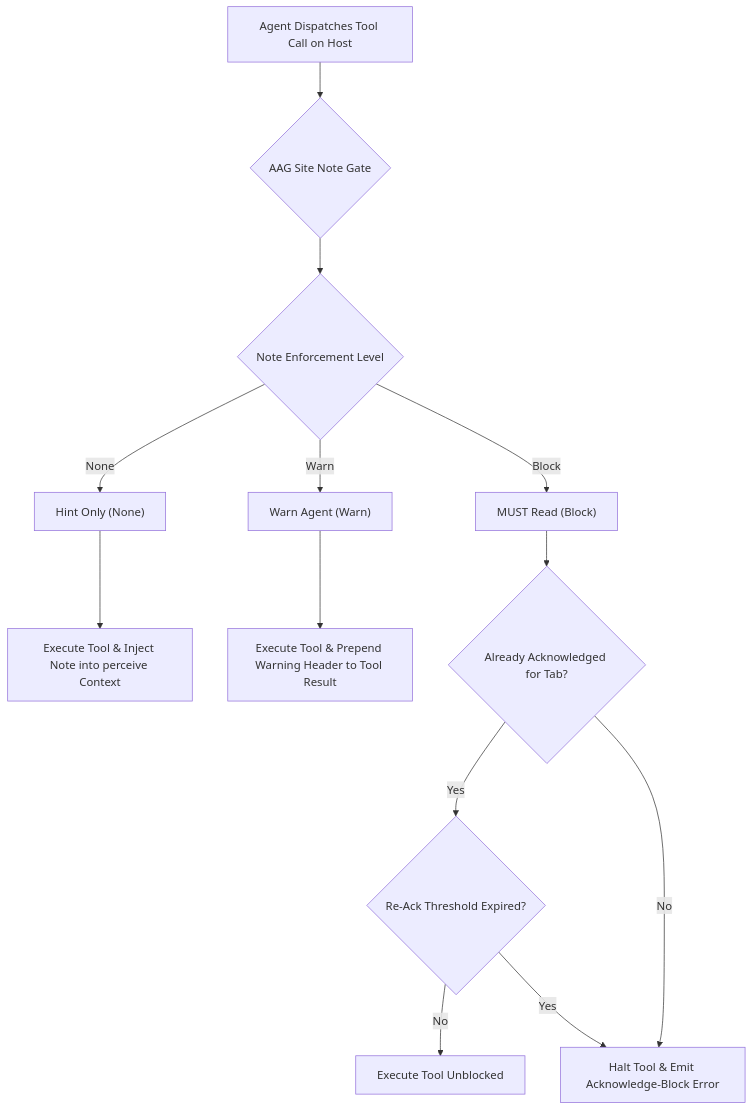
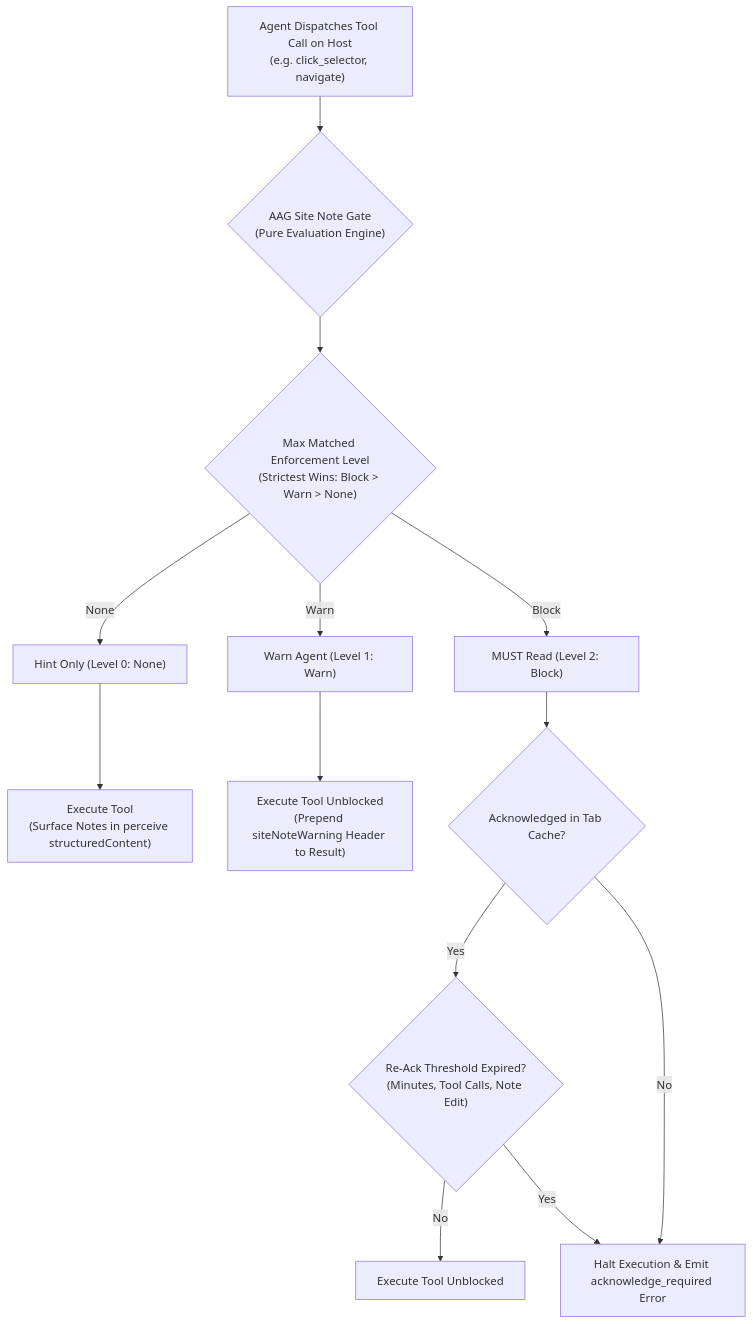
Before and after one commit to joelaniol/nova: the first of 5 diagrams in docs/core-features/learning/domain-notes/delivery-levels-and-aag-enforcement.md, drawn with Mermaid. The commit also changed other lines of this file and 3 other files, not shown here.

Commit message:
docs(domain-notes): deepen multi-tenant lexicon, sandbox binding protocol, and ack cache internals

````diff
--- a/docs/core-features/learning/domain-notes/delivery-levels-and-aag-enforcement.md
+++ b/docs/core-features/learning/domain-notes/delivery-levels-and-aag-enforcement.md
@@ -12,20 +12,20 @@
 ```mermaid
 flowchart TD
-    ToolCall["Agent Dispatches Tool Call on Host"]
-    EvalGate{"AAG Site Note Gate"}
+    ToolCall["Agent Dispatches Tool Call on Host<br/>(e.g. click_selector, navigate)"]
+    EvalGate{"AAG Site Note Gate<br/>(Pure Evaluation Engine)"}
     
-    Level{"Note Enforcement Level"}
-    Hint["Hint Only (None)"]
-    Warn["Warn Agent (Warn)"]
-    Block["MUST Read (Block)"]
+    Level{"Max Matched Enforcement Level<br/>(Strictest Wins: Block > Warn > None)"}
+    Hint["Hint Only (Level 0: None)"]
+    Warn["Warn Agent (Level 1: Warn)"]
+    Block["MUST Read (Level 2: Block)"]
 
     ToolCall --> EvalGate --> Level
-    Level -->|None| Hint --> AllowImmediate["Execute Tool & Inject Note into perceive Context"]
-    Level -->|Warn| Warn --> InjectHeader["Execute Tool & Prepend Warning Header to Tool Result"]
-    Level -->|Block| Block --> CheckAck{"Already Acknowledged for Tab?"}
+    Level -->|None| Hint --> AllowImmediate["Execute Tool<br/>(Surface Notes in perceive structuredContent)"]
+    Level -->|Warn| Warn --> InjectHeader["Execute Tool Unblocked<br/>(Prepend siteNoteWarning Header to Result)"]
+    Level -->|Block| Block --> CheckAck{"Acknowledged in Tab Cache?"}
     
-    CheckAck -- Yes --> CheckExpiry{"Re-Ack Threshold Expired?"}
+    CheckAck -- Yes --> CheckExpiry{"Re-Ack Threshold Expired?<br/>(Minutes, Tool Calls, Note Edit)"}
     CheckExpiry -- No --> ExecuteUnblocked["Execute Tool Unblocked"]
-    CheckExpiry -- Yes --> RaiseBlock["Halt Tool & Emit Acknowledge-Block Error"]
+    CheckExpiry -- Yes --> RaiseBlock["Halt Execution & Emit acknowledge_required Error"]
     CheckAck -- No --> RaiseBlock
 ```
````
